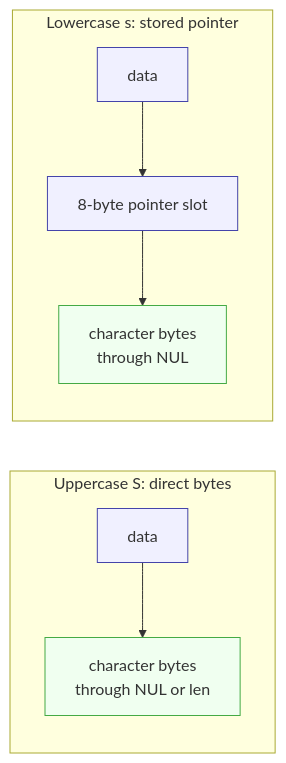
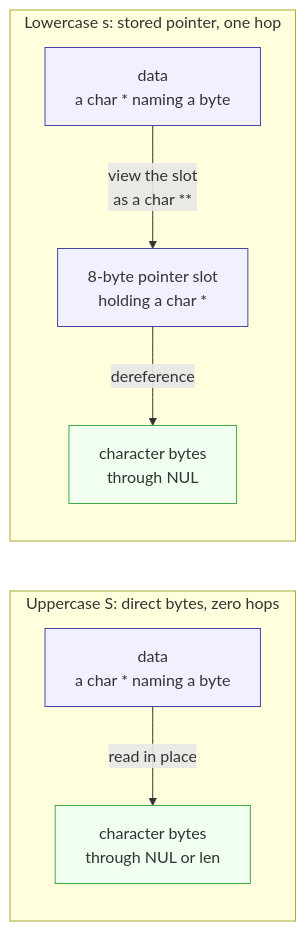
Before and after one commit to cv47522/xv6-riscv: the diagram in docs/labs/util-memdump.md, drawn with Mermaid. The commit also changed other lines of this file and 5 other files, not shown here.

````diff
--- a/docs/labs/util-memdump.md
+++ b/docs/labs/util-memdump.md
@@ -187,15 +189,15 @@
 ```mermaid
 flowchart LR
-    subgraph direct["Uppercase S: direct bytes"]
-        D["data"] --> C["character bytes<br/>through NUL or len"]
+    subgraph direct["Uppercase S: direct bytes, zero hops"]
+        D["data<br/>a char * naming a byte"] -->|"read in place"| C["character bytes<br/>through NUL or len"]
     end
 
-    subgraph indirect["Lowercase s: stored pointer"]
-        I["data"] --> P["8-byte pointer slot"] --> T["character bytes<br/>through NUL"]
+    subgraph indirect["Lowercase s: stored pointer, one hop"]
+        I["data<br/>a char * naming a byte"] -->|"view the slot<br/>as a char **"| P["8-byte pointer slot<br/>holding a char *"] -->|"dereference"| T["character bytes<br/>through NUL"]
     end
 
     classDef decision fill:#f0f0ff,stroke:#44a
     classDef data fill:#f0fff0,stroke:#4a4
     class D,I,P decision
     class C,T data
 ```
````
